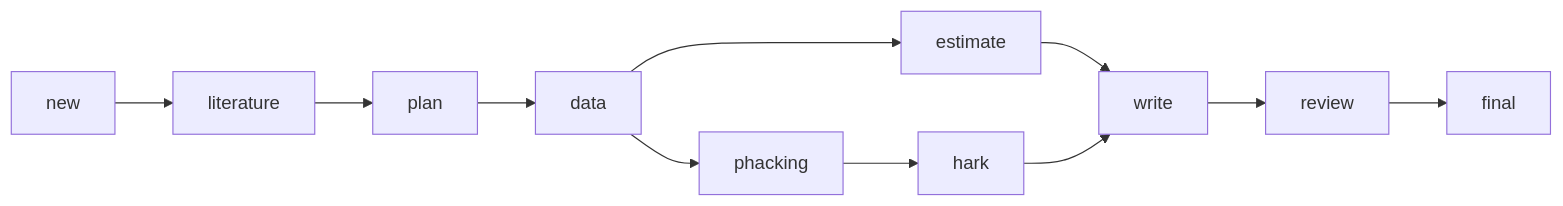
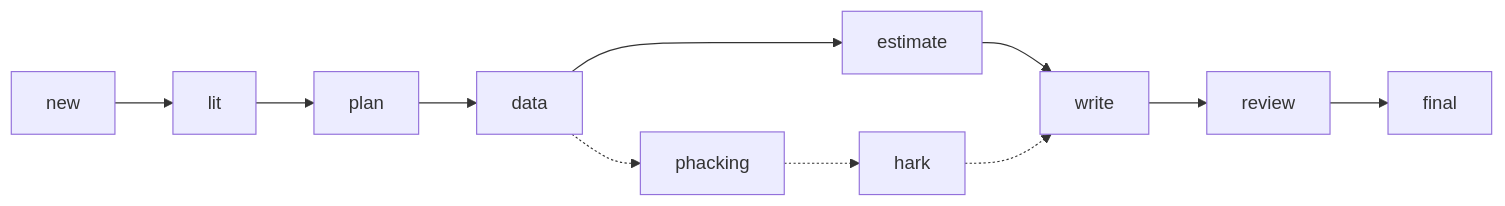
The diagram in README.md (nguyenvmthien/econ-harness), drawn with Mermaid before and after one commit. The commit also changed other lines of this file and 5 other files, not shown here.

````diff
--- a/README.md
+++ b/README.md
@@ -26,5 +35,5 @@
 ```mermaid
 flowchart LR
- new --> literature --> plan --> data --> estimate --> write --> review --> final
- data --> phacking --> hark --> write
+  new --> lit --> plan --> data --> estimate --> write --> review --> final
+  data -.-> phacking -.-> hark -.-> write
 ```
````
